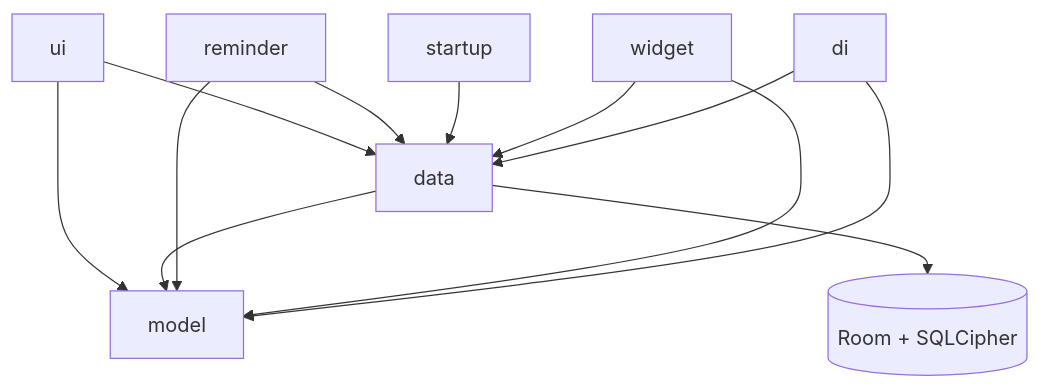
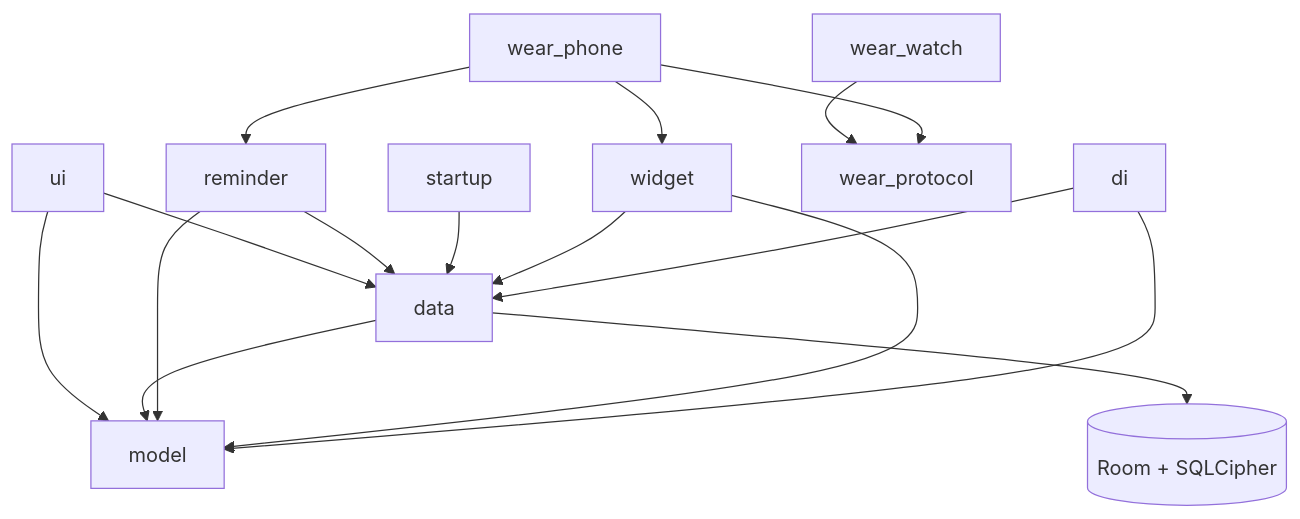
The first of 2 diagrams in docs/architecture.md (mkx173/Featherline), drawn with Mermaid before and after one commit. The commit also changed other lines of this file and 71 other files, not shown here.

````diff
--- a/docs/architecture.md
+++ b/docs/architecture.md
@@ -11,14 +11,18 @@
 ```mermaid
 graph TD
   ui --> data
   ui --> model
   data --> model
   data --> local[(Room + SQLCipher)]
   reminder --> data
   reminder --> model
   startup --> data
   widget --> data
   widget --> model
+  wear_phone --> widget
+  wear_phone --> reminder
+  wear_watch --> wear_protocol
+  wear_phone --> wear_protocol
   di --> data
   di --> model
 ```
````
